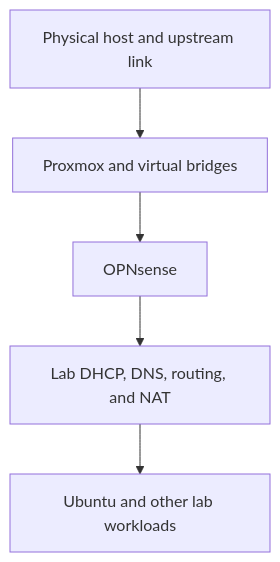
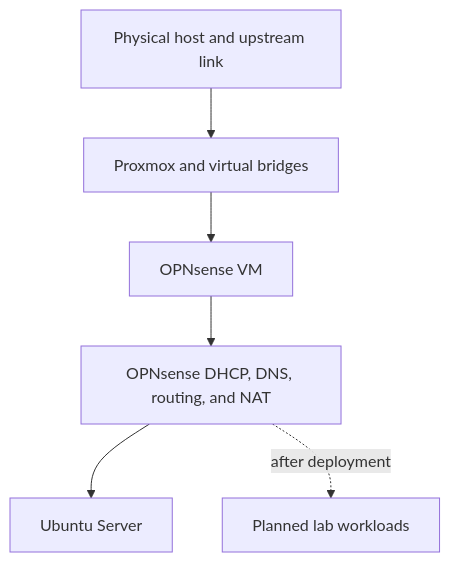
One commit to dalen-green/proxmox-cybersecurity-homelab changed the second of 2 diagrams in docs/architecture.md. Above: the diagram before and after it, drawn with Mermaid. The commit also changed other lines of this file and 3 other files, not shown here.

First line of the commit message:
Align network topology diagrams and interface mappings

````diff
--- a/docs/architecture.md
+++ b/docs/architecture.md
@@ -193,7 +201,8 @@
 ```mermaid
 flowchart TD
     A["Physical host and upstream link"] --> B["Proxmox and virtual bridges"]
-    B --> C["OPNsense"]
-    C --> D["Lab DHCP, DNS, routing, and NAT"]
-    D --> E["Ubuntu and other lab workloads"]
+    B --> C["OPNsense VM"]
+    C --> D["OPNsense DHCP, DNS, routing, and NAT"]
+    D --> E["Ubuntu Server"]
+    D -. "after deployment" .-> F["Planned lab workloads"]
 ```
````
